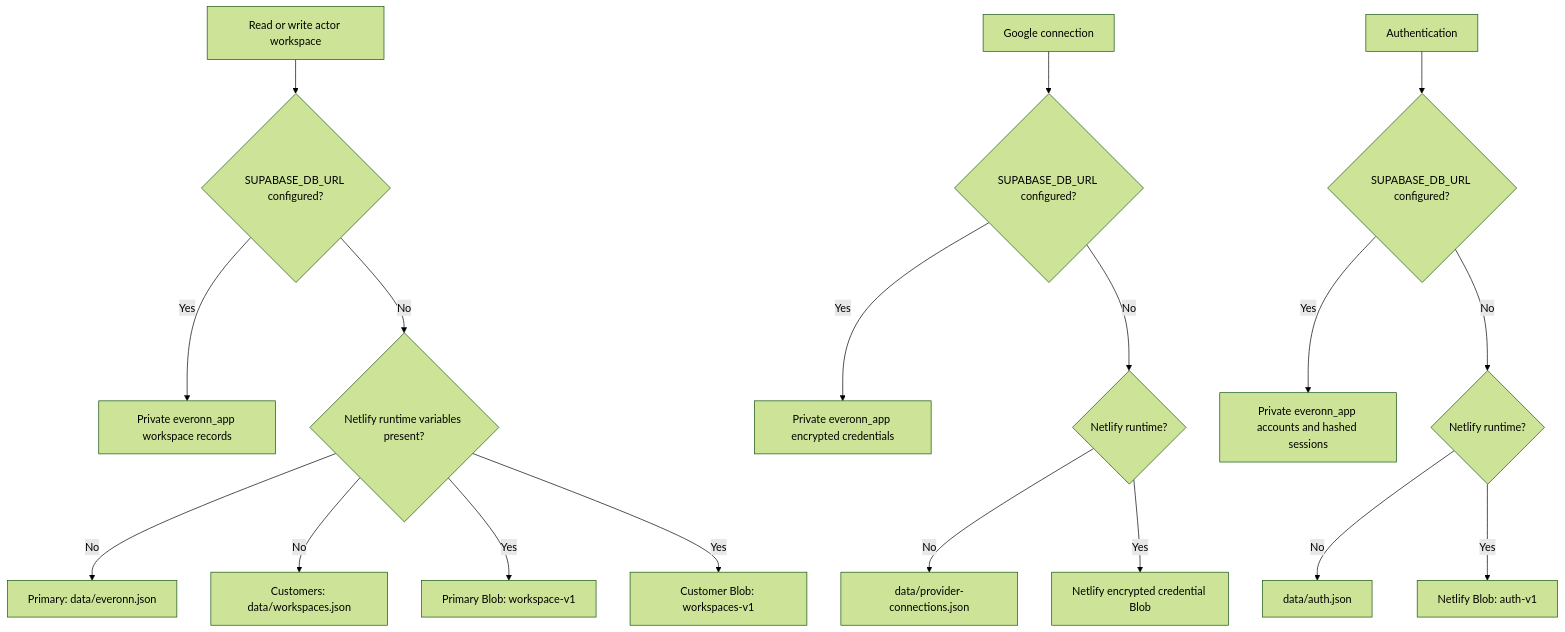
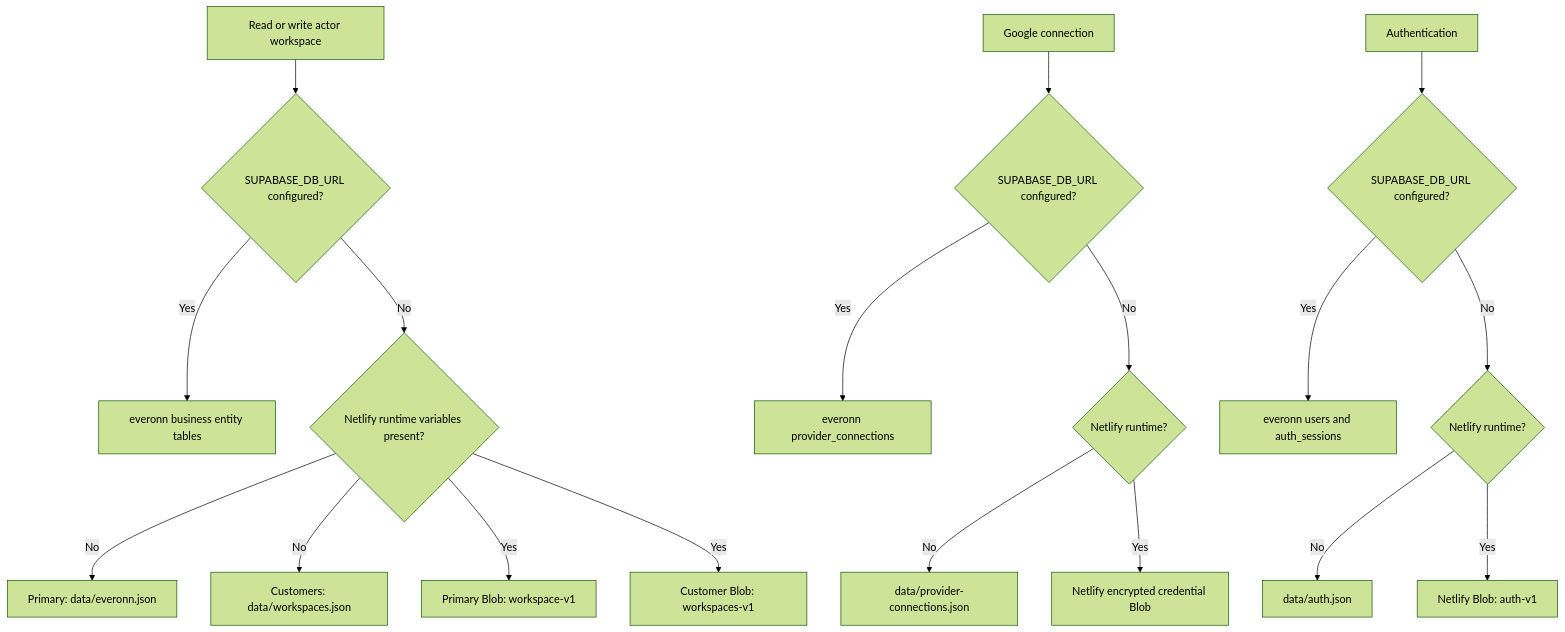
Before and after one commit to tinitiateprime/everonnai: the third of 9 diagrams in PROJECT_DATA_FLOW.md, drawn with Mermaid (forest theme). The commit also changed other lines of this file and 17 other files, not shown here.

Commit message:
Organize EverOnn data into isolated entity tables

````diff
--- a/PROJECT_DATA_FLOW.md
+++ b/PROJECT_DATA_FLOW.md
@@ -102,20 +102,20 @@
 ```mermaid
 flowchart TD
   Request[Read or write actor workspace] --> Database{SUPABASE_DB_URL configured?}
-  Database -- Yes --> AppDB[Private everonn_app workspace records]
+  Database -- Yes --> AppDB[everonn business entity tables]
   Database -- No --> Runtime{Netlify runtime variables present?}
   Runtime -- No --> PrimaryFile[Primary: data/everonn.json]
   Runtime -- No --> CustomerFile[Customers: data/workspaces.json]
   Runtime -- Yes --> PrimaryBlob[Primary Blob: workspace-v1]
   Runtime -- Yes --> CustomerBlob[Customer Blob: workspaces-v1]
   Google[Google connection] --> CredDB{SUPABASE_DB_URL configured?}
-  CredDB -- Yes --> EncryptedDB[Private everonn_app encrypted credentials]
+  CredDB -- Yes --> EncryptedDB[everonn provider_connections]
   CredDB -- No --> CredRuntime{Netlify runtime?}
   CredRuntime -- No --> EncryptedFile[data/provider-connections.json]
   CredRuntime -- Yes --> EncryptedBlob[Netlify encrypted credential Blob]
   Auth[Authentication] --> AuthDB{SUPABASE_DB_URL configured?}
-  AuthDB -- Yes --> AccountsDB[Private everonn_app accounts and hashed sessions]
+  AuthDB -- Yes --> AccountsDB[everonn users and auth_sessions]
   AuthDB -- No --> AuthRuntime{Netlify runtime?}
   AuthRuntime -- No --> AuthFile[data/auth.json]
   AuthRuntime -- Yes --> AuthBlob[Netlify Blob: auth-v1]
 ```
````
